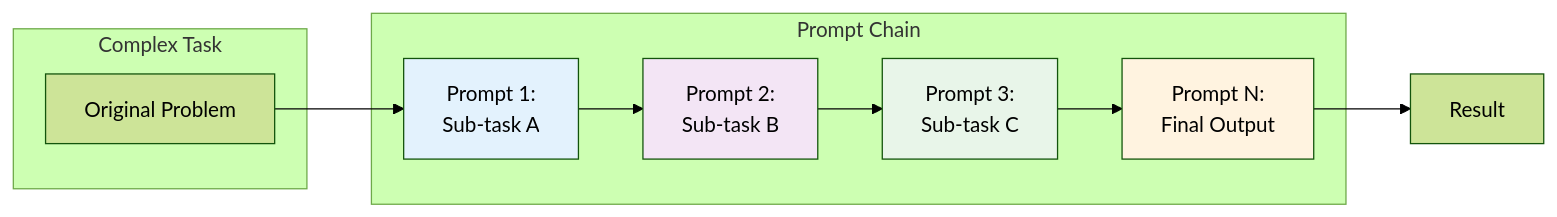
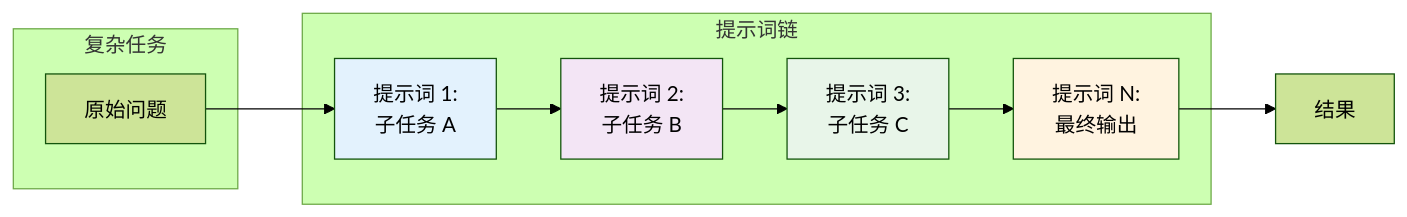
Diagram 12 of 20 in i18n/zh-Hans/docusaurus-plugin-content-docs/current/ai/agents/design-patterns.mdx (YiWang24/AiDIY), drawn with Mermaid (forest theme) before and after one commit. The commit also changed other lines of this file and 59 other files, not shown here.

````diff
--- a/i18n/zh-Hans/docusaurus-plugin-content-docs/current/ai/agents/design-patterns.mdx
+++ b/i18n/zh-Hans/docusaurus-plugin-content-docs/current/ai/agents/design-patterns.mdx
@@ -490,20 +490,20 @@
 ```mermaid
 flowchart LR
-    subgraph Input["Complex Task"]
-        T[Original Problem]
+    subgraph Input["复杂任务"]
+        T[原始问题]
     end
 
-    subgraph Chain["Prompt Chain"]
-        P1[Prompt 1:<br/>Sub-task A]
-        P2[Prompt 2:<br/>Sub-task B]
-        P3[Prompt 3:<br/>Sub-task C]
-        P4[Prompt N:<br/>Final Output]
+    subgraph Chain["提示词链"]
+        P1[提示词 1:<br/>子任务 A]
+        P2[提示词 2:<br/>子任务 B]
+        P3[提示词 3:<br/>子任务 C]
+        P4[提示词 N:<br/>最终输出]
     end
 
-    T --> P1 --> P2 --> P3 --> P4 --> R[Result]
+    T --> P1 --> P2 --> P3 --> P4 --> R[结果]
 
     style P1 fill:#e3f2fd
     style P2 fill:#f3e5f5
     style P3 fill:#e8f5e9
     style P4 fill:#fff3e0
 ```
````
